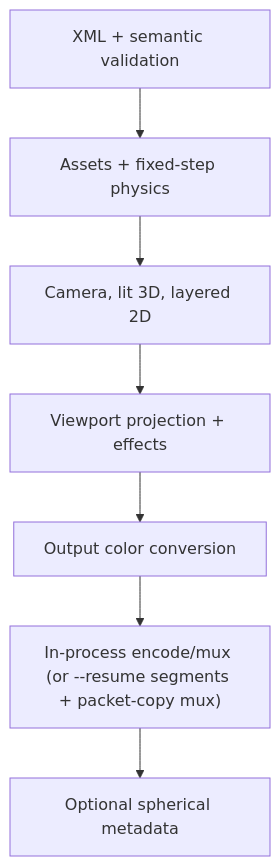
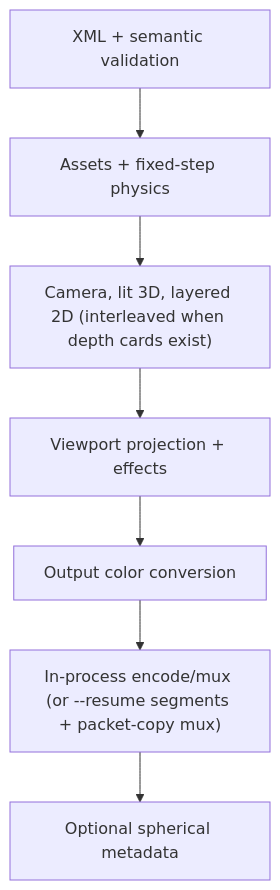
The diagram in docs/architecture.md (pedroanisio/scene-render), drawn with Mermaid before and after one commit. The commit also changed other lines of this file and 30 other files, not shown here.

````diff
--- a/docs/architecture.md
+++ b/docs/architecture.md
@@ -88,9 +89,9 @@
 ```mermaid
 flowchart TD
   A["XML + semantic validation"] --> B["Assets + fixed-step physics"]
-  B --> C["Camera, lit 3D, layered 2D"]
+  B --> C["Camera, lit 3D, layered 2D (interleaved when depth cards exist)"]
   C --> D["Viewport projection + effects"]
   D --> E["Output color conversion"]
   E --> F["In-process encode/mux (or --resume segments + packet-copy mux)"]
   F --> G["Optional spherical metadata"]
 ```
````
